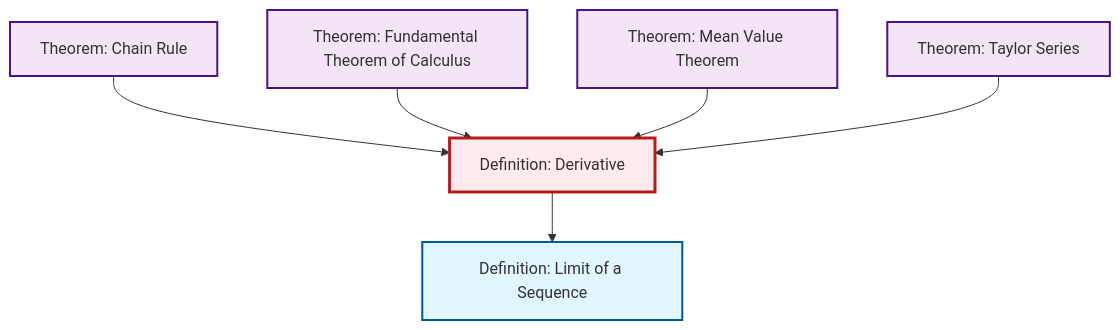
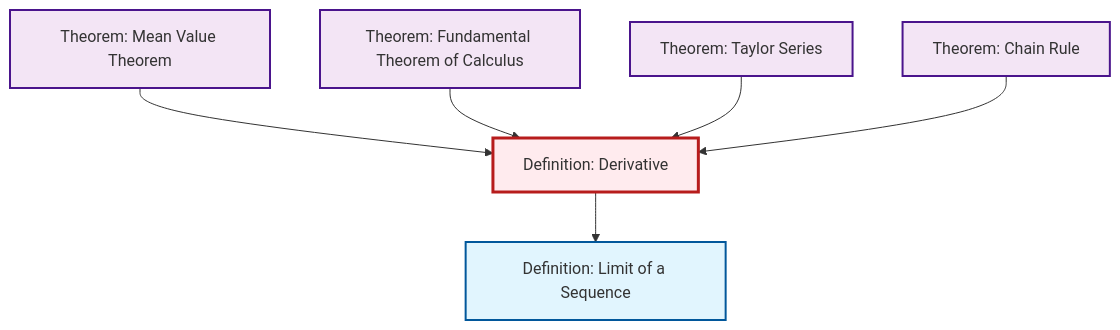
Before and after one commit to RK0429/ModernMath: the second of 2 diagrams in content/en/analysis/def-derivative.qmd, drawn with Mermaid. The commit also changed other lines of this file and 634 other files, not shown here.

````diff
--- a/content/en/analysis/def-derivative.qmd
+++ b/content/en/analysis/def-derivative.qmd
@@ -88,26 +88,26 @@
 ```{mermaid}
 %%| fig-cap: "Local dependency graph"
 graph TD
     classDef definition fill:#e1f5fe,stroke:#01579b,stroke-width:2px
     classDef theorem fill:#f3e5f5,stroke:#4a148c,stroke-width:2px
     classDef axiom fill:#fff3e0,stroke:#e65100,stroke-width:2px
     classDef example fill:#e8f5e9,stroke:#1b5e20,stroke-width:2px
     classDef current fill:#ffebee,stroke:#b71c1c,stroke-width:3px
     thm-chain-rule["Theorem: Chain Rule"]:::theorem
     def-derivative["Definition: Derivative"]:::definition
+    thm-mean-value["Theorem: Mean Value Theorem"]:::theorem
+    def-limit["Definition: Limit of a Sequence"]:::definition
     thm-taylor-series["Theorem: Taylor Series"]:::theorem
-    def-limit["Definition: Limit of a Sequence"]:::definition
-    thm-mean-value["Theorem: Mean Value Theorem"]:::theorem
     thm-fundamental-calculus["Theorem: Fundamental Theorem of Calculus"]:::theorem
+    thm-mean-value --> def-derivative
+    thm-fundamental-calculus --> def-derivative
+    thm-taylor-series --> def-derivative
+    def-derivative --> def-limit
     thm-chain-rule --> def-derivative
-    def-derivative --> def-limit
-    thm-fundamental-calculus --> def-derivative
-    thm-mean-value --> def-derivative
-    thm-taylor-series --> def-derivative
     class def-derivative current
     click thm-chain-rule "thm-chain-rule.html" "Go to Chain Rule theorem"
+    click thm-mean-value "thm-mean-value.html" "Go to Mean Value Theorem theorem"
+    click def-limit "def-limit.html" "Go to Limit of a Sequence definition"
     click thm-taylor-series "thm-taylor-series.html" "Go to Taylor Series theorem"
-    click def-limit "def-limit.html" "Go to Limit of a Sequence definition"
-    click thm-mean-value "thm-mean-value.html" "Go to Mean Value Theorem theorem"
     click thm-fundamental-calculus "thm-fundamental-calculus.html" "Go to Fundamental Theorem of Calculus theorem"
 ```
````
